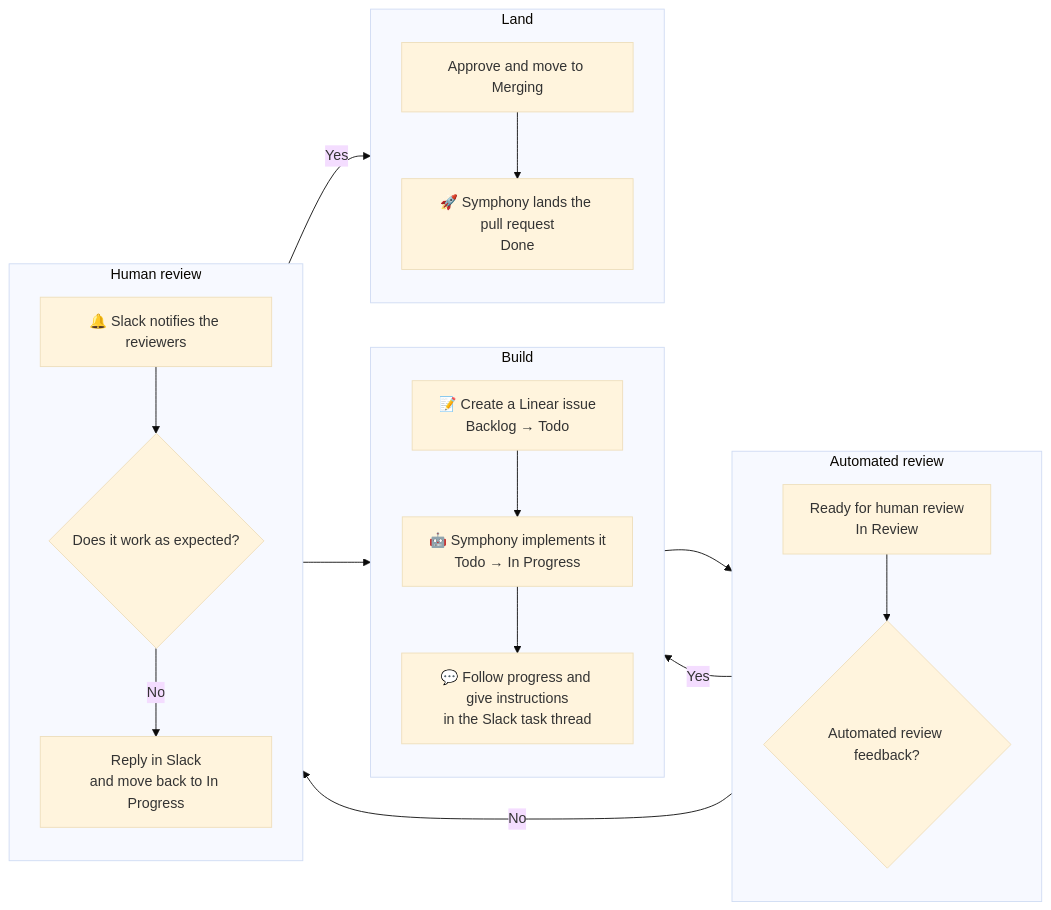
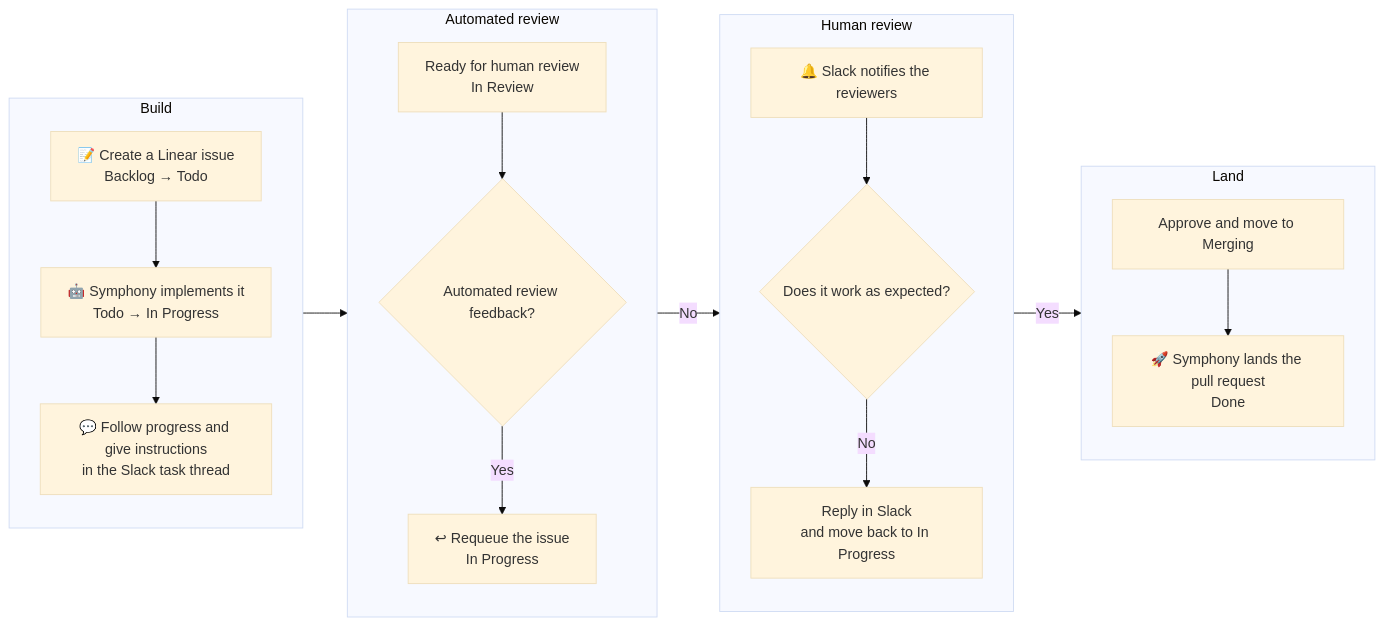
One commit to hiroppy/orchestrators changed the diagram in README.md. Above: the diagram before and after it, drawn with Mermaid (base theme).

Commit message:
docs: clarify workflow diagram direction

````diff
--- a/README.md
+++ b/README.md
@@ -32,39 +32,39 @@
 ```mermaid
 flowchart LR
   subgraph build["Build"]
     direction TB
     create["📝 Create a Linear issue<br/>Backlog → Todo"]
     implement["🤖 Symphony implements it<br/>Todo → In Progress"]
     slack["💬 Follow progress and give instructions<br/>in the Slack task thread"]
     create --> implement --> slack
   end
 
   subgraph reviewCycle["Automated review"]
     direction TB
     review["Ready for human review<br/>In Review"]
     automated{"Automated review feedback?"}
+    requeue["↩ Requeue the issue<br/>In Progress"]
     review --> automated
+    automated -- Yes --> requeue
   end
 
   subgraph verifyCycle["Human review"]
     direction TB
     notify["🔔 Slack notifies the reviewers"]
     verify{"Does it work as expected?"}
     feedback["Reply in Slack<br/>and move back to In Progress"]
     notify --> verify
     verify -- No --> feedback
   end
 
   subgraph land["Land"]
     direction TB
     merging["Approve and move to Merging"]
     done["🚀 Symphony lands the pull request<br/>Done"]
     merging --> done
   end
 
   slack --> review
-  automated -- Yes --> implement
   automated -- No --> notify
-  feedback --> implement
   verify -- Yes --> merging
 ```
````
